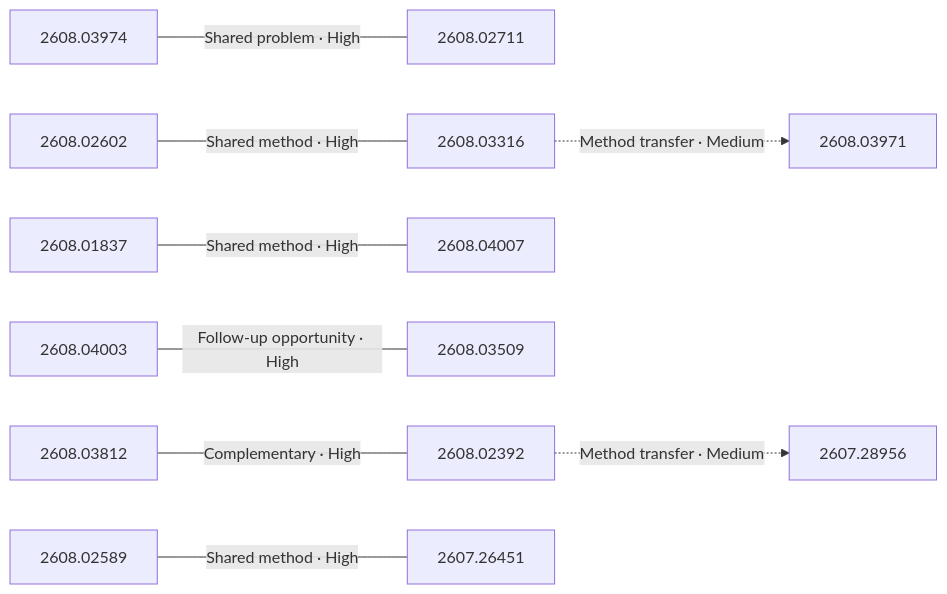
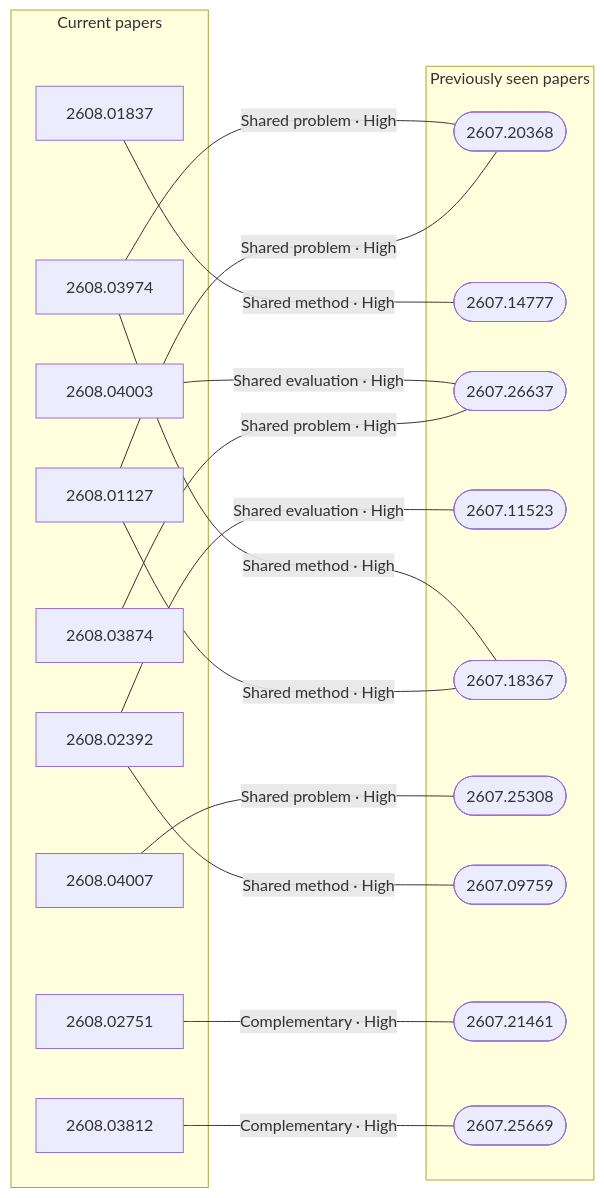
One commit to vollero/hf-daily-paper-summaries changed the diagram in summaries/2026/08/2026-08-05/relationships.md. Above: the diagram before and after it, drawn with Mermaid. The commit also changed other lines of this file and 24 other files, not shown here.

Commit message:
Publish summary, analyses, and graph 2026-08-05

````diff
--- a/summaries/2026/08/2026-08-05/relationships.md
+++ b/summaries/2026/08/2026-08-05/relationships.md
@@ -26,27 +45,39 @@
 ```mermaid
 flowchart LR
-  accTitle: Same-day paper relationships
-  accDescr: Editorial hypotheses connecting papers from this daily collection.
-  c1["2608.03974"]
-  c2["2608.02602"]
-  c3["2607.28956"]
-  c4["2608.02711"]
-  c5["2608.01837"]
-  c6["2608.04003"]
-  c7["2608.03812"]
-  c8["2608.03971"]
-  c9["2608.02589"]
-  c10["2608.03316"]
-  c11["2608.04007"]
-  c12["2608.03509"]
-  c13["2608.02392"]
-  c15["2607.26451"]
-  c5 ---|"Shared method · High"| c11
-  c2 ---|"Shared method · High"| c10
-  c1 ---|"Shared problem · High"| c4
-  c7 ---|"Complementary · High"| c13
-  c13 -.->|"Method transfer · Medium"| c3
-  c6 ---|"Follow-up opportunity · High"| c12
-  c9 ---|"Shared method · High"| c15
-  c10 -.->|"Method transfer · Medium"| c8
+  accTitle: Relationships with previously seen papers
+  accDescr: Editorial hypotheses connecting current papers with bounded previous-paper candidates.
+  subgraph current["Current papers"]
+    c2["2608.03974"]
+    c7["2608.01837"]
+    c9["2608.04003"]
+    c11["2608.03812"]
+    c16["2608.04007"]
+    c17["2608.02392"]
+    c18["2608.01127"]
+    c21["2608.03874"]
+    c37["2608.02751"]
+  end
+  subgraph previous["Previously seen papers"]
+    p2(["2607.20368"])
+    p7(["2607.14777"])
+    p14(["2607.26637"])
+    p17(["2607.11523"])
+    p18(["2607.18367"])
+    p39(["2607.25308"])
+    p40(["2607.09759"])
+    p43(["2607.21461"])
+    p49(["2607.25669"])
+  end
+  c2 ---|"Shared problem · High"| p2
+  c2 ---|"Shared method · High"| p18
+  c18 ---|"Shared problem · High"| p2
+  c18 ---|"Shared method · High"| p18
+  c11 ---|"Complementary · High"| p49
+  c7 ---|"Shared method · High"| p7
+  c16 ---|"Shared problem · High"| p39
+  c9 ---|"Shared evaluation · High"| p14
+  c21 ---|"Shared problem · High"| p14
+  c17 ---|"Shared evaluation · High"| p17
+  c17 ---|"Shared method · High"| p40
+  c37 ---|"Complementary · High"| p43
 ```
````
